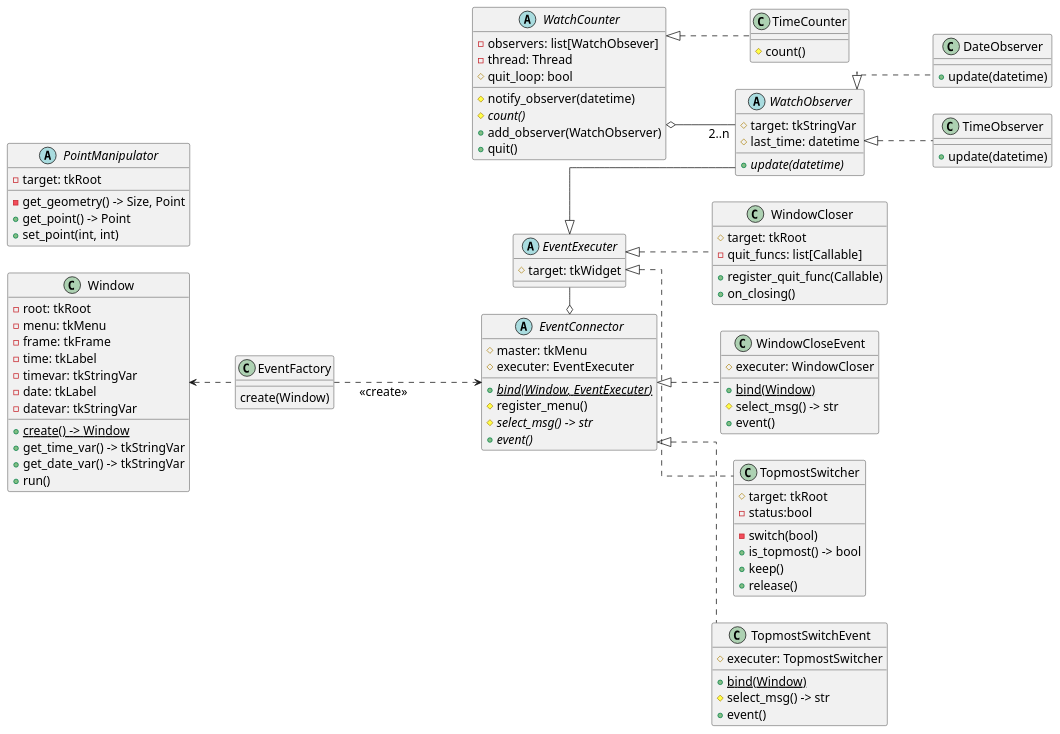
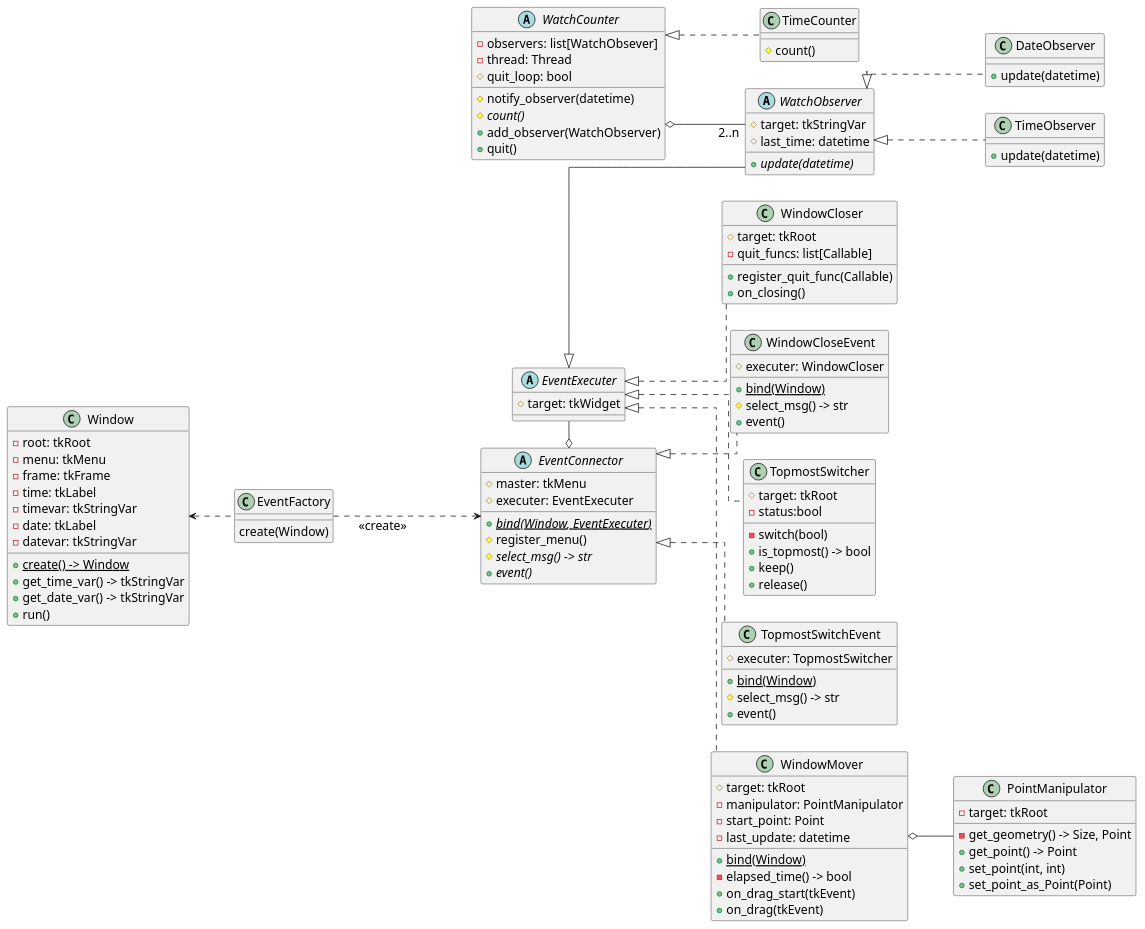
One commit to TAKE4548/OLW changed the diagram in doc/class.puml. Above: the diagram before and after it, drawn with PlantUML. The commit also changed 5 other files, not shown here.

```diff
--- a/doc/class.puml
+++ b/doc/class.puml
@@ -1,125 +1,142 @@
 @startuml Class
 skinparam {
    defaultfontsize 16
    linetype ortho
 }
 left to right direction
 
 together {
     class "Window" as w {
         - root: tkRoot
         - menu: tkMenu
         - frame: tkFrame
         - time: tkLabel
         - timevar: tkStringVar
         - date: tkLabel
         - datevar: tkStringVar
         + {static} create() -> Window
         + get_time_var() -> tkStringVar
         + get_date_var() -> tkStringVar
         + run()
     }
 }
 
 together {
     class "EventFactory" as ef {
         create(Window)
     }
     w <.. ef
 
     abstract class "EventExecuter" as ee {
         # target: tkWidget
     }
 
     abstract class "EventConnector" as ec {
         # master: tkMenu
         # executer: EventExecuter
         + {abstract}{static} bind(Window, EventExecuter)
         # register_menu()
         # {abstract} select_msg() -> str
         + {abstract} event()
     }
     ef ....> ec: <<create>>
     ec o- ee
 }
 
-abstract class "PointManipulator" as pm {
-    - target: tkRoot
-    - get_geometry() -> Size, Point
-    + get_point() -> Point
-    + set_point(int, int)
-}
 
 together {
     class "WindowCloser" as wcr {
         # target: tkRoot
         - quit_funcs: list[Callable]
         + register_quit_func(Callable)
         + on_closing()
     }
     ee <|.. wcr
 
     class "WindowCloseEvent" as wcre {
         # executer: WindowCloser
         + {static} bind(Window)
         # select_msg() -> str
         + event()
     }
     ec <|.. wcre
+}
+
+together {
+    class "WindowMover" as wm {
+        # target: tkRoot
+        - manipulator: PointManipulator
+        - start_point: Point
+        - last_update: datetime
+        + {static} bind(Window)
+        - elapsed_time() -> bool
+        + on_drag_start(tkEvent)
+        + on_drag(tkEvent)
+    }
+    ee <|.. wm
+
+    class "PointManipulator" as pm {
+        - target: tkRoot
+        - get_geometry() -> Size, Point
+        + get_point() -> Point
+        + set_point(int, int)
+        + set_point_as_Point(Point)
+    }
+    wm o-- pm
 }
 
 together {
     class "TopmostSwitcher" as tms {
         # target: tkRoot
         - status:bool
         - switch(bool)
         + is_topmost() -> bool
         + keep()
         + release()
     }
     ee <|.. tms
 
     class "TopmostSwitchEvent" as tmse {
         # executer: TopmostSwitcher
         + {static} bind(Window)
         # select_msg() -> str
         + event()
     }
     ec <|.. tmse
 }
 
 together {
     abstract class "WatchObserver" as wo {
         # target: tkStringVar
         # last_time: datetime
         + {abstract} update(datetime)
     }
     ee <|-- wo
 
     class "TimeObserver" as to {
         + update(datetime)
     }
     wo <|.. to
 
     class "DateObserver" as do {
         + update(datetime)
     }
     wo <|.. do
 
     abstract class "WatchCounter" as wc {
         - observers: list[WatchObsever]
         - thread: Thread
         # quit_loop: bool
         # notify_observer(datetime)
         # {abstract} count()
         + add_observer(WatchObserver)
         + quit()
     }
 
     class "TimeCounter" as tc {
         # count()
     }
     wc <|.. tc
     wo "2..n" -l-o wc
 }
 @enduml
```
